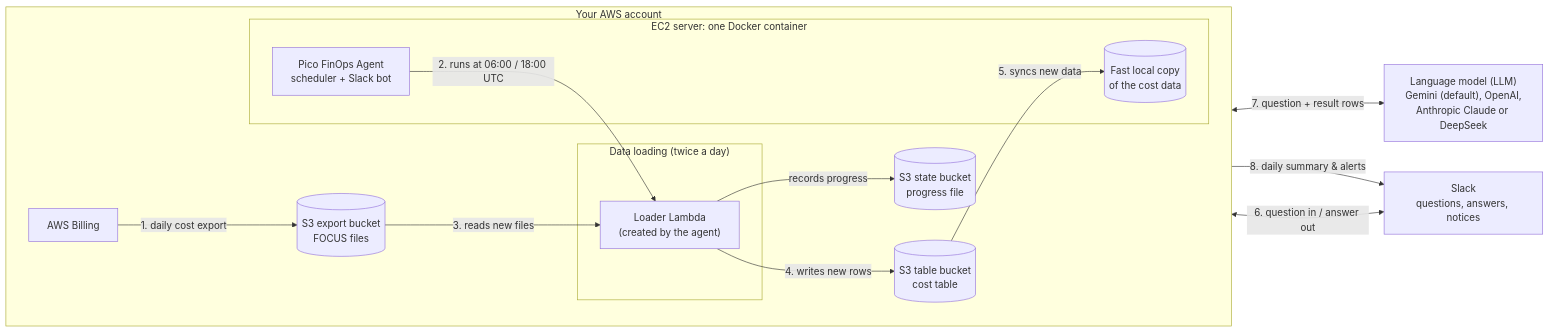
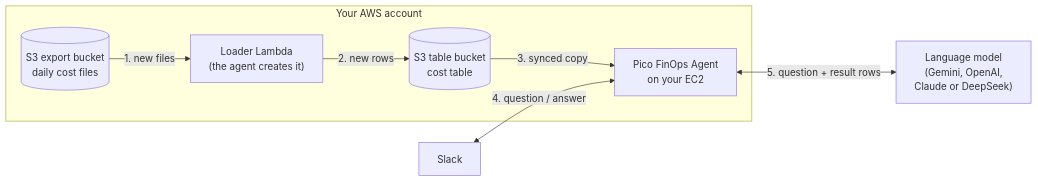
Before and after one commit to CloudpiAi/Pico: the diagram in docs/CUSTOMER-SETUP-GUIDE.md, drawn with Mermaid. The commit also changed other lines of this file and 1 other file, not shown here.

First line of the commit message:
docs: rewrite the customer setup guide as a clear step-by-step flow

````diff
--- a/docs/CUSTOMER-SETUP-GUIDE.md
+++ b/docs/CUSTOMER-SETUP-GUIDE.md
@@ -22,29 +44,17 @@
 ```mermaid
 flowchart LR
     subgraph AWS["Your AWS account"]
-        direction LR
-        BILL["AWS Billing"]
-        EXP[("S3 export bucket<br/>FOCUS files")]
-        subgraph LOAD["Data loading (twice a day)"]
-            LAMBDA["Loader Lambda<br/>(created by the agent)"]
-        end
+        EXP[("S3 export bucket<br/>daily cost files")]
+        LAMBDA["Loader Lambda<br/>(the agent creates it)"]
         TABLE[("S3 table bucket<br/>cost table")]
-        STATE[("S3 state bucket<br/>progress file")]
-        subgraph EC2["EC2 server: one Docker container"]
-            AGENT["Pico FinOps Agent<br/>scheduler + Slack bot"]
-            LOCAL[("Fast local copy<br/>of the cost data")]
-        end
+        AGENT["Pico FinOps Agent<br/>on your EC2"]
     end
-    SLACK["Slack<br/>questions, answers, notices"]
-    GEMINI["Language model (LLM)<br/>Gemini (default), OpenAI,<br/>Anthropic Claude or DeepSeek"]
+    SLACK["Slack"]
+    LLM["Language model<br/>(Gemini, OpenAI,<br/>Claude or DeepSeek)"]
 
-    BILL -- "1. daily cost export" --> EXP
-    AGENT -- "2. runs at 06:00 / 18:00 UTC" --> LAMBDA
-    EXP -- "3. reads new files" --> LAMBDA
-    LAMBDA -- "4. writes new rows" --> TABLE
-    LAMBDA -- "records progress" --> STATE
-    TABLE -- "5. syncs new data" --> LOCAL
-    SLACK <-- "6. question in / answer out" --> AGENT
-    AGENT <-- "7. question + result rows" --> GEMINI
-    AGENT -- "8. daily summary & alerts" --> SLACK
+    EXP -- "1. new files" --> LAMBDA
+    LAMBDA -- "2. new rows" --> TABLE
+    TABLE -- "3. synced copy" --> AGENT
+    SLACK <-- "4. question / answer" --> AGENT
+    AGENT <-- "5. question + result rows" --> LLM
 ```
````
